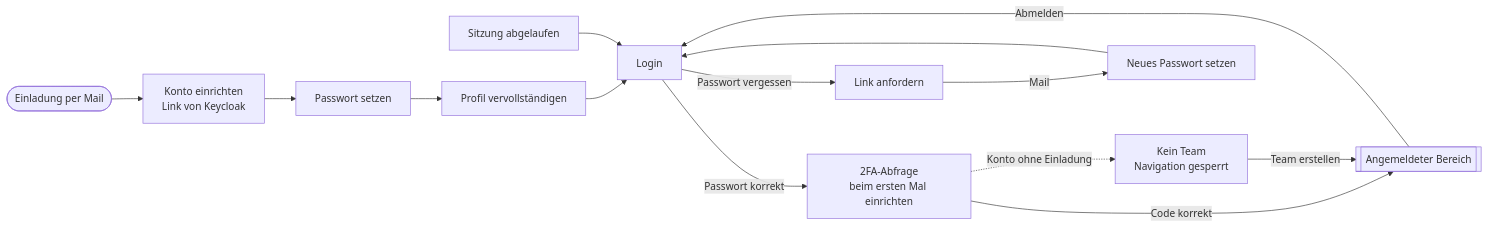
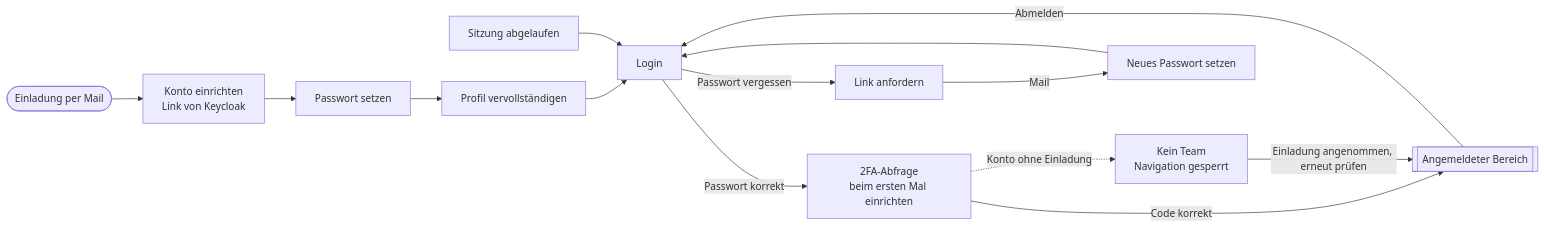
One commit to teamphive/phisheye changed the first of 2 diagrams in docs/site-structure.md. Above: the diagram before and after it, drawn with Mermaid. The commit also changed other lines of this file and 21 other files, not shown here.

````diff
--- a/docs/site-structure.md
+++ b/docs/site-structure.md
@@ -7,17 +7,17 @@
 ```mermaid
 flowchart LR
   invite([Einladung per Mail]) --> setup["Konto einrichten<br>Link von Keycloak"]
   setup --> pw["Passwort setzen"]
   pw --> profile["Profil vervollständigen"]
   profile --> login
 
   login["Login"] -->|Passwort korrekt| twofa["2FA-Abfrage<br>beim ersten Mal einrichten"]
   twofa -->|Code korrekt| app[["Angemeldeter Bereich"]]
   twofa -.->|Konto ohne Einladung| noteam["Kein Team<br>Navigation gesperrt"]
-  noteam -->|Team erstellen| app
+  noteam -->|Einladung angenommen, erneut prüfen| app
   login -->|Passwort vergessen| forgot["Link anfordern"]
   forgot -->|Mail| reset["Neues Passwort setzen"]
   reset --> login
   expired["Sitzung abgelaufen"] --> login
   app -->|Abmelden| login
 ```
````
